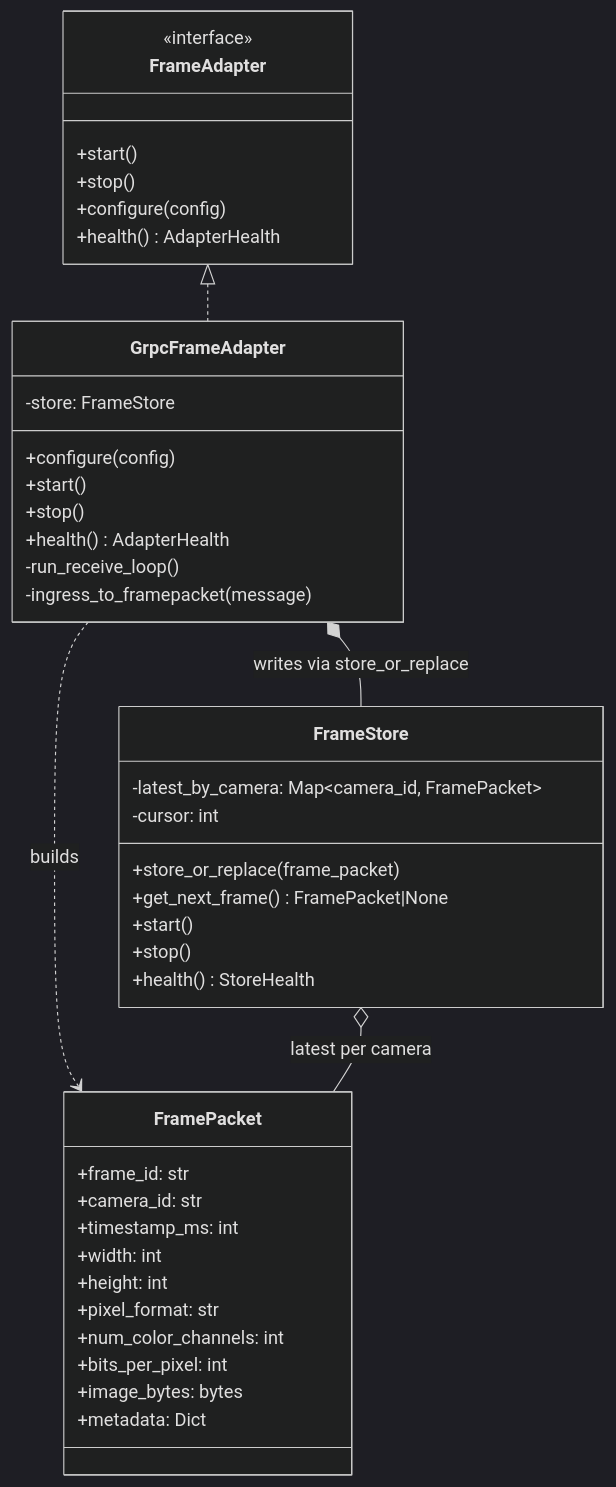
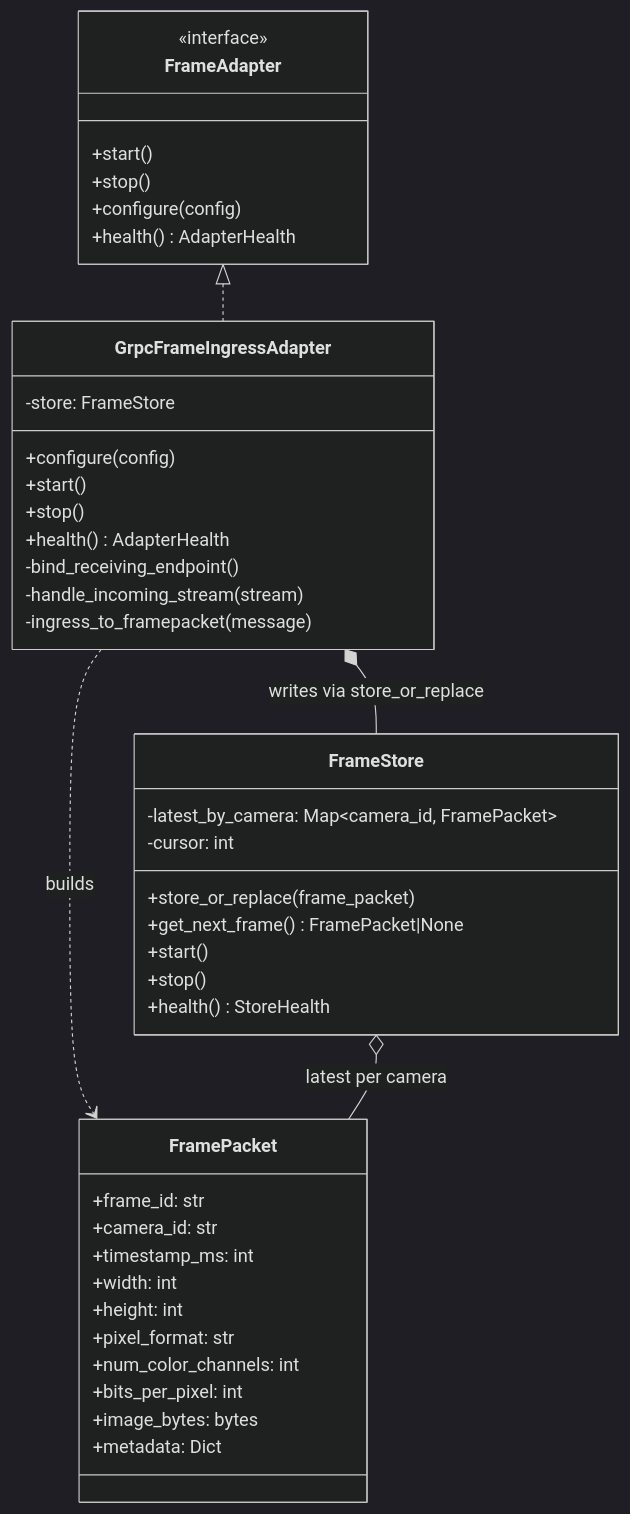
Before and after one commit to talifruman/camera-recognition: the first of 2 diagrams in doc/FRAME_ADAPTER.md, drawn with Mermaid (dark theme). The commit also changed other lines of this file and 6 other files, not shown here.

````diff
--- a/doc/FRAME_ADAPTER.md
+++ b/doc/FRAME_ADAPTER.md
@@ -37,48 +39,49 @@
 ```mermaid
 classDiagram
     class FrameAdapter {
         <<interface>>
         +start()
         +stop()
         +configure(config)
         +health() AdapterHealth
     }
 
-    class GrpcFrameAdapter {
+    class GrpcFrameIngressAdapter {
         -store: FrameStore
         +configure(config)
         +start()
         +stop()
         +health() AdapterHealth
-        -run_receive_loop()
+        -bind_receiving_endpoint()
+        -handle_incoming_stream(stream)
         -ingress_to_framepacket(message)
     }
 
     class FrameStore {
         -latest_by_camera: Map~camera_id, FramePacket~
         -cursor: int
         +store_or_replace(frame_packet)
         +get_next_frame() FramePacket|None
         +start()
         +stop()
         +health() StoreHealth
     }
 
     class FramePacket {
         +frame_id: str
         +camera_id: str
         +timestamp_ms: int
         +width: int
         +height: int
         +pixel_format: str
         +num_color_channels: int
         +bits_per_pixel: int
         +image_bytes: bytes
         +metadata: Dict
     }
 
-    FrameAdapter <|.. GrpcFrameAdapter
-    GrpcFrameAdapter *-- FrameStore : writes via store_or_replace
-    GrpcFrameAdapter ..> FramePacket : builds
+    FrameAdapter <|.. GrpcFrameIngressAdapter
+    GrpcFrameIngressAdapter *-- FrameStore : writes via store_or_replace
+    GrpcFrameIngressAdapter ..> FramePacket : builds
     FrameStore o-- FramePacket : latest per camera
 ```
````
